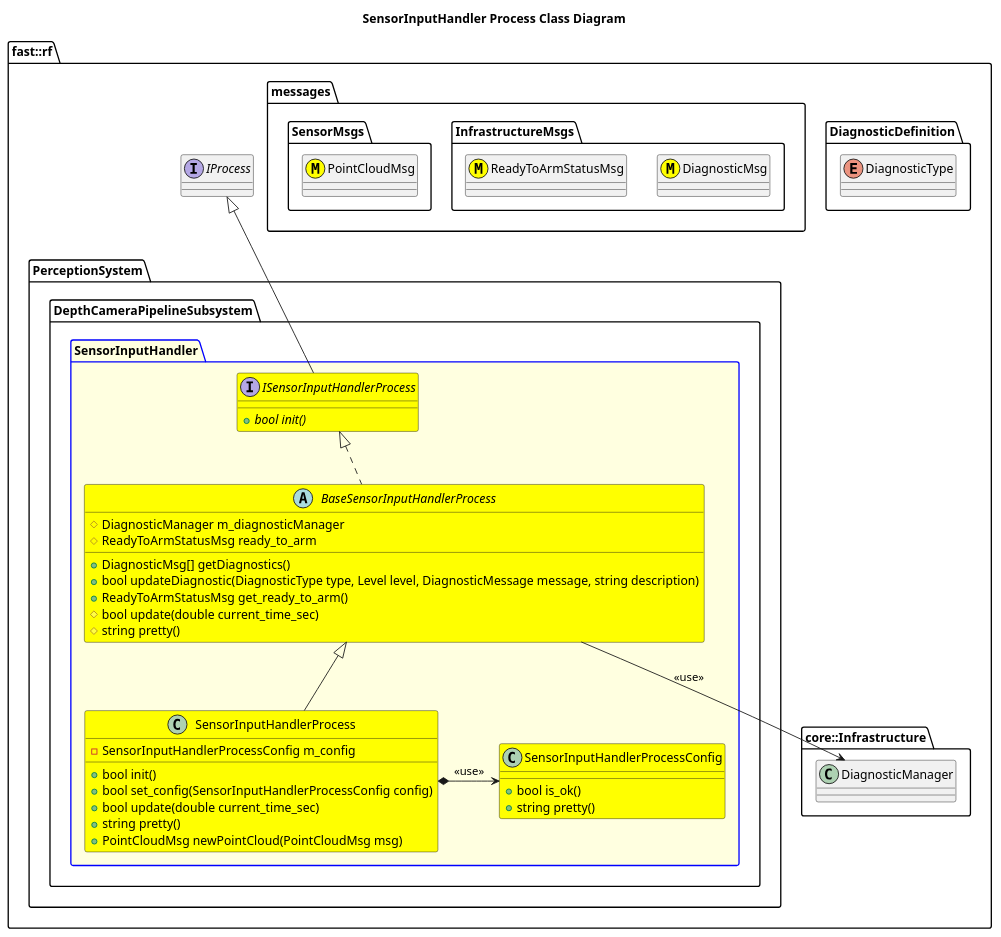
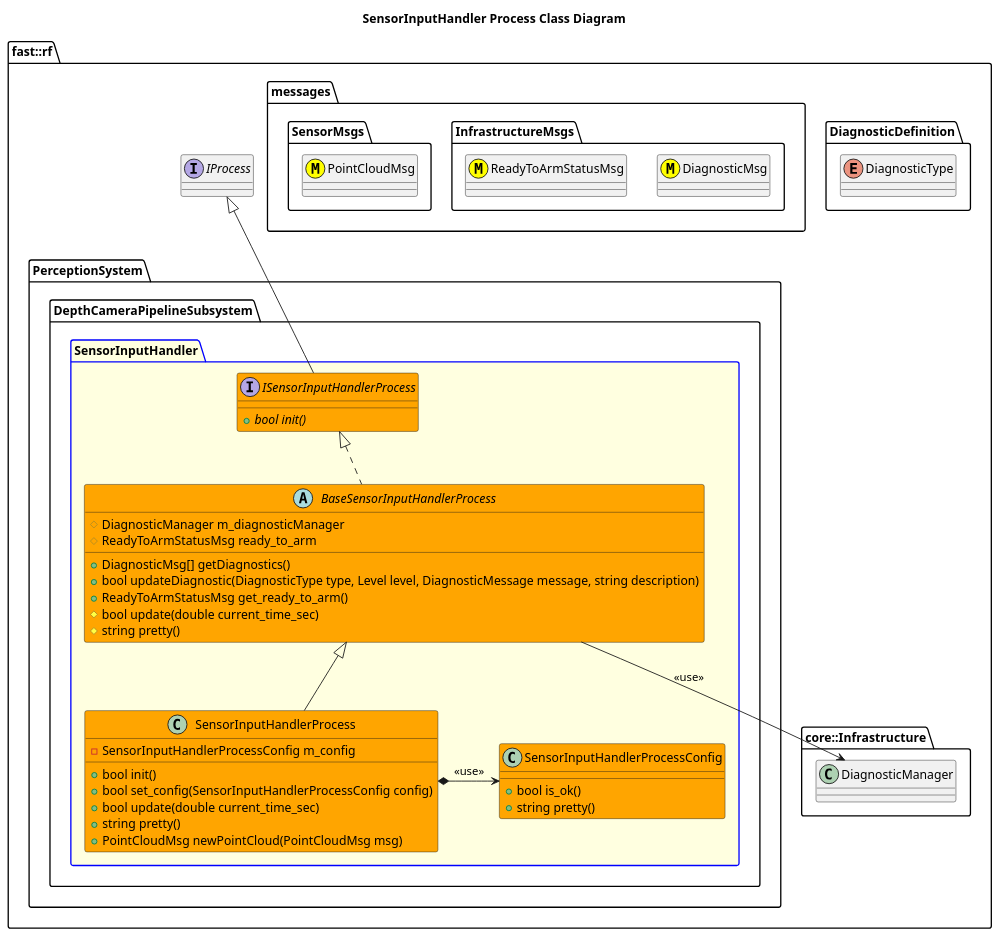
One commit to fastrobotics/robot_framework changed the diagram in Systems/Perception/Subsystems/DepthCameraPipeline/Processes/SensorInputHandler/doc/puml/SensorInputHandlerProcessClassDiagram.puml. Above: the diagram before and after it, drawn with PlantUML. The commit also changed 7 other files, not shown here.

```diff
--- a/Systems/Perception/Subsystems/DepthCameraPipeline/Processes/SensorInputHandler/doc/puml/SensorInputHandlerProcessClassDiagram.puml
+++ b/Systems/Perception/Subsystems/DepthCameraPipeline/Processes/SensorInputHandler/doc/puml/SensorInputHandlerProcessClassDiagram.puml
@@ -2,59 +2,59 @@
 @startuml
 title SensorInputHandler Process Class Diagram
 
 namespace fast::rf {
     namespace DiagnosticDefinition {
         enum DiagnosticType
     }
     namespace messages {
         namespace InfrastructureMsgs {
             class DiagnosticMsg <<(M,#FFFF00)>>
             class ReadyToArmStatusMsg <<(M,#FFFF00)>>
         }
         namespace SensorMsgs {
             class PointCloudMsg <<(M,#FFFF00)>>
         }
     }
     namespace core::Infrastructure {
         class DiagnosticManager
     }
     interface IProcess
     namespace PerceptionSystem {
         namespace DepthCameraPipelineSubsystem {
             package SensorInputHandler #LightYellow;line:blue {
 
-                interface ISensorInputHandlerProcess #Yellow {
+                interface ISensorInputHandlerProcess #Orange {
                     +{abstract} bool init()
                 }
                 ISensorInputHandlerProcess -up-|> IProcess
-                abstract BaseSensorInputHandlerProcess #Yellow {
+                abstract BaseSensorInputHandlerProcess #Orange {
                     +DiagnosticMsg[] getDiagnostics()
                     +bool updateDiagnostic(DiagnosticType type, Level level, DiagnosticMessage message, string description)
                     +ReadyToArmStatusMsg get_ready_to_arm()
                     #bool update(double current_time_sec)
                     #string pretty()
                     #DiagnosticManager m_diagnosticManager
                     #ReadyToArmStatusMsg ready_to_arm
 
                 }
                 BaseSensorInputHandlerProcess .up.|> ISensorInputHandlerProcess
                 BaseSensorInputHandlerProcess --> DiagnosticManager: <<use>>
-                class SensorInputHandlerProcessConfig #Yellow {
+                class SensorInputHandlerProcessConfig #Orange {
                     +bool is_ok()
                     +string pretty()
                 }
-                class SensorInputHandlerProcess #Yellow {
+                class SensorInputHandlerProcess #Orange {
                     +bool init()
                     +bool set_config(SensorInputHandlerProcessConfig config)
                     +bool update(double current_time_sec)
                     +string pretty()
                     +PointCloudMsg newPointCloud(PointCloudMsg msg)
                     -SensorInputHandlerProcessConfig m_config
                 }
                 SensorInputHandlerProcess -up-|> BaseSensorInputHandlerProcess
                 SensorInputHandlerProcess *-> SensorInputHandlerProcessConfig: <<use>>
             }
         }
     }
 }
 @enduml
```
